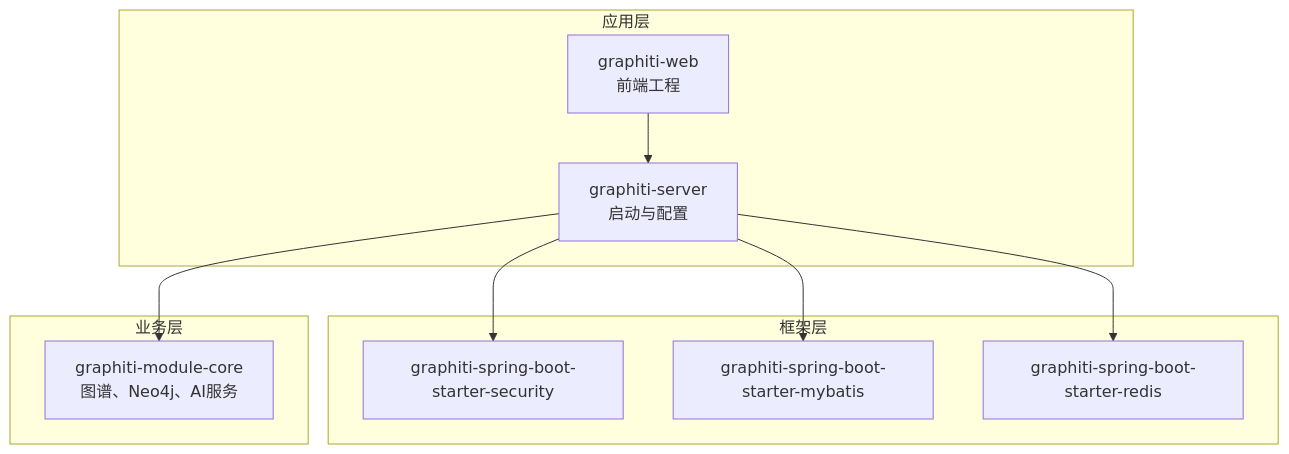
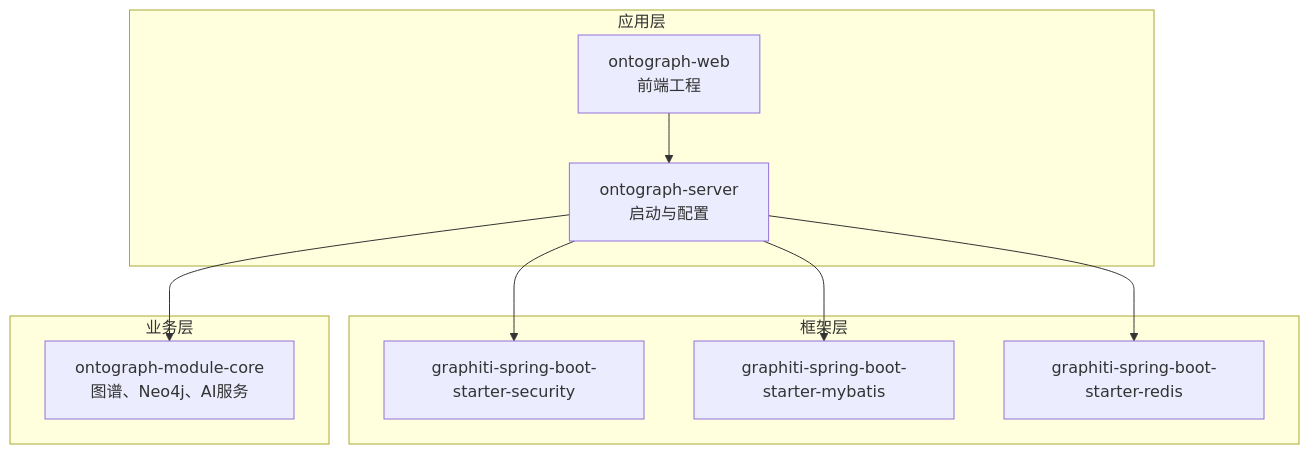
The first of 8 diagrams in docs/manual/部署运维/性能调优.md (joezxh/graphiti-java), drawn with Mermaid before and after one commit. The commit also changed other lines of this file and 200 other files, not shown here.

````diff
--- a/docs/manual/部署运维/性能调优.md
+++ b/docs/manual/部署运维/性能调优.md
@@ -51,20 +51,20 @@
 ```mermaid
 graph TB
 subgraph "应用层"
-S["graphiti-server<br/>启动与配置"]
-W["graphiti-web<br/>前端工程"]
+S["ontograph-server<br/>启动与配置"]
+W["ontograph-web<br/>前端工程"]
 end
 subgraph "框架层"
 FSec["graphiti-spring-boot-starter-security"]
 FMyb["graphiti-spring-boot-starter-mybatis"]
 FRds["graphiti-spring-boot-starter-redis"]
 end
 subgraph "业务层"
-CCore["graphiti-module-core<br/>图谱、Neo4j、AI服务"]
+CCore["ontograph-module-core<br/>图谱、Neo4j、AI服务"]
 end
 S --> FSec
 S --> FMyb
 S --> FRds
 S --> CCore
 W --> S
 ```
````
